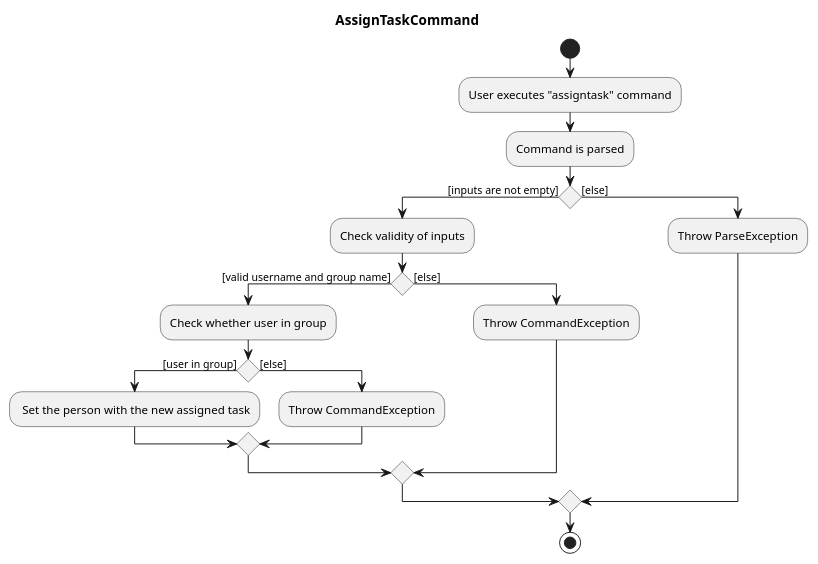
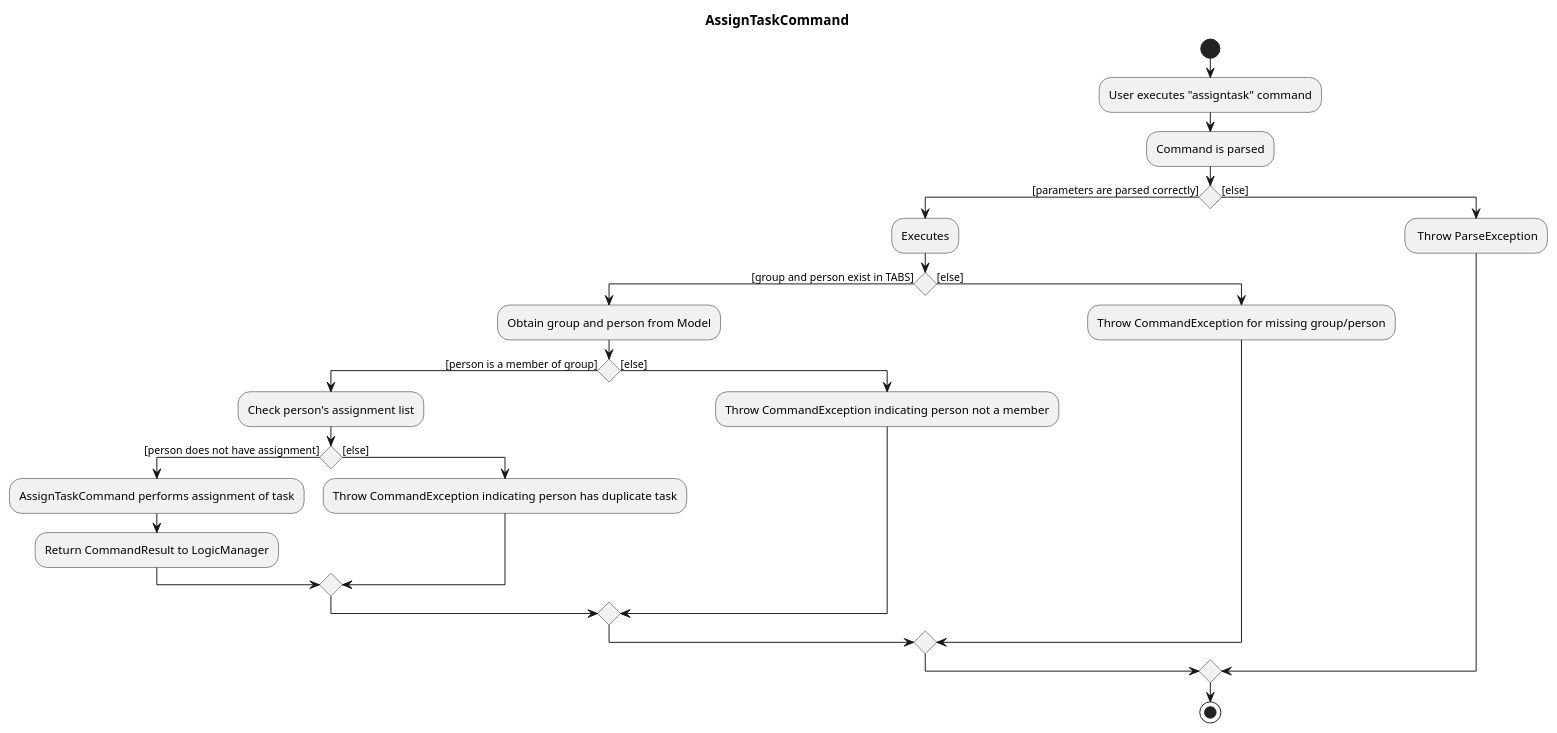
The diagram in docs/diagrams/AssignTaskActivityDiagram.puml (nus-cs2103-AY2223S1/tp), drawn with PlantUML before and after one commit. The commit also changed 14 other files, not shown here.

Commit message:
Insert relevant diagrams to DG sections

```diff
--- a/docs/diagrams/AssignTaskActivityDiagram.puml
+++ b/docs/diagrams/AssignTaskActivityDiagram.puml
@@ -1,30 +1,33 @@
 @startuml
 
 title AssignTaskCommand
 
 start
 :User executes "assigntask" command;
 :Command is parsed;
 
-if () then ([inputs are not empty])
-    :Check validity of inputs;
-
-    if () then ([valid username and group name])
-        :Check whether user in group;
-        if () then ([user in group])
-            : Set the person with the new assigned task;
+if () then ([parameters are parsed correctly])
+    :Executes;
+    if () then ([group and person exist in TABS])
+    :Obtain group and person from Model;
+        if () then ([person is a member of group])
+        :Check person's assignment list;
+            if () then ([person does not have assignment])
+            :AssignTaskCommand performs assignment of task;
+            :Return CommandResult to LogicManager;
+            else ([else])
+            :Throw CommandException indicating person has duplicate task;
+            endif
         else ([else])
-            :Throw CommandException;
+        :Throw CommandException indicating person not a member;
         endif
     else ([else])
-        :Throw CommandException;
+    :Throw CommandException for missing group/person;
     endif
-
 else ([else])
-    :Throw ParseException;
-
+: Throw ParseException;
 endif
 
 stop
 
 @enduml
```
